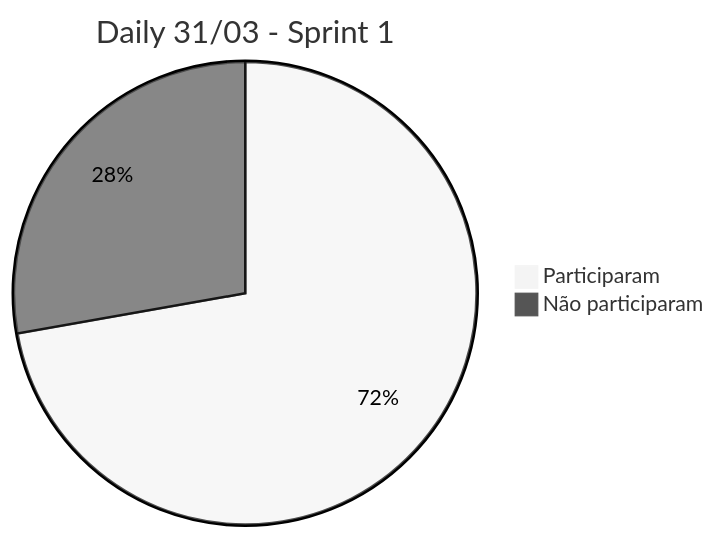
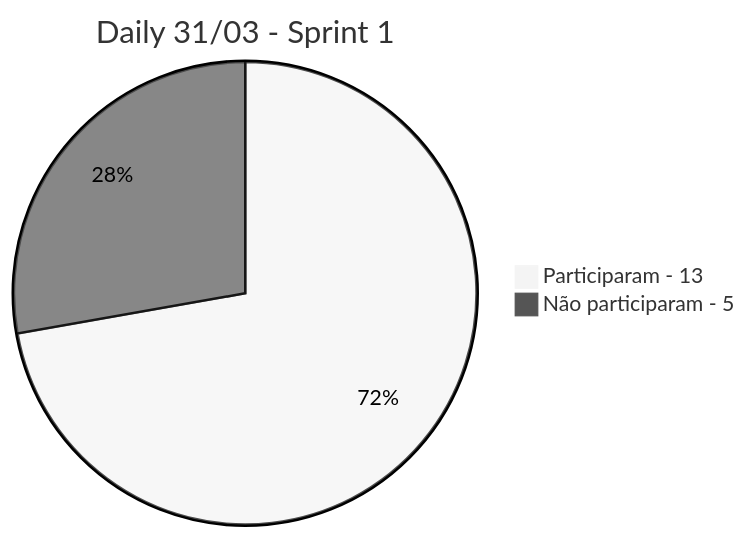
One commit to VeiculosMontadora/Backup_Wiki changed the fourth of 8 diagrams in Sprints.md. Above: the diagram before and after it, drawn with Mermaid (neutral theme). The commit also changed other lines of this file, not shown here.

````diff
--- a/Sprints.md
+++ b/Sprints.md
@@ -92,5 +414,5 @@
 ```mermaid
 pie title Daily 31/03 - Sprint 1
-    "Participaram" : 13
-    "Não participaram" : 5
+    "Participaram - 13" : 13
+    "Não participaram - 5" : 5
 ```
````
